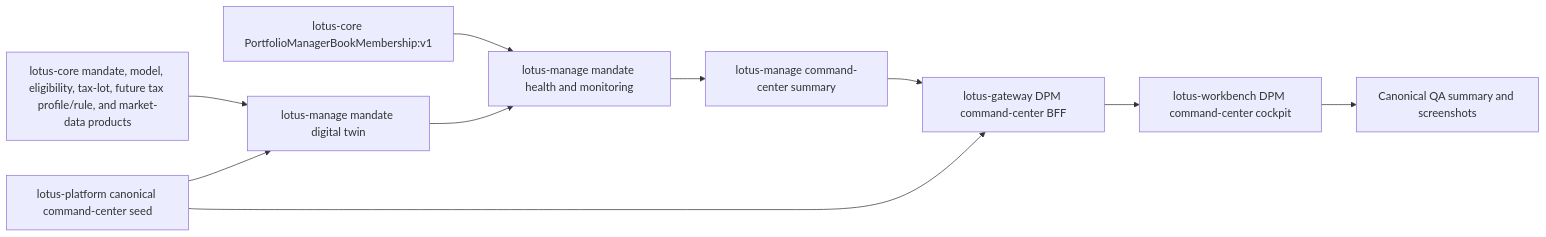
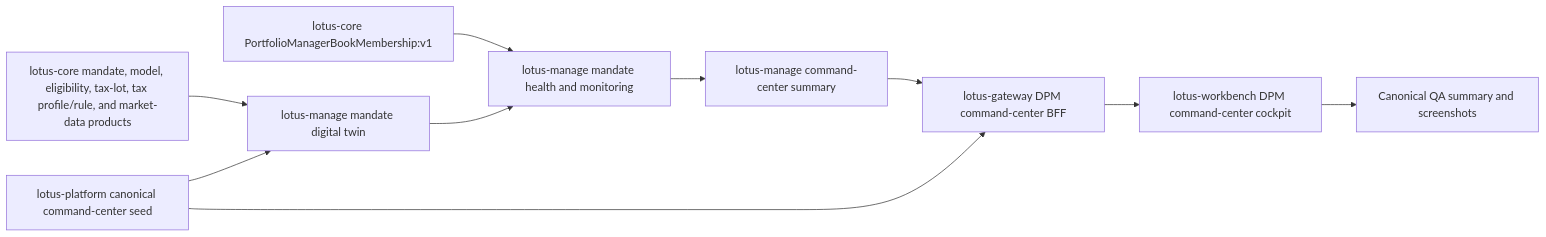
The third of 9 diagrams in wiki/Supported-Features.md (sgajbi/lotus-manage), drawn with Mermaid before and after one commit. The commit also changed other lines of this file and 4 other files, not shown here.

````diff
--- a/wiki/Supported-Features.md
+++ b/wiki/Supported-Features.md
@@ -115,22 +115,22 @@
 ```mermaid
 flowchart LR
     CoreBook[lotus-core PortfolioManagerBookMembership:v1]
-    CoreMandate[lotus-core mandate, model, eligibility, tax-lot, future tax profile/rule, and market-data products]
+    CoreMandate[lotus-core mandate, model, eligibility, tax-lot, tax profile/rule, and market-data products]
     ManageTwin[lotus-manage mandate digital twin]
     ManageHealth[lotus-manage mandate health and monitoring]
     ManageCommand[lotus-manage command-center summary]
     GatewayCommand[lotus-gateway DPM command-center BFF]
     WorkbenchCockpit[lotus-workbench DPM command-center cockpit]
     PlatformSeed[lotus-platform canonical command-center seed]
     EvidencePack[Canonical QA summary and screenshots]
 
     CoreBook --> ManageHealth
     CoreMandate --> ManageTwin
     ManageTwin --> ManageHealth
     ManageHealth --> ManageCommand
     ManageCommand --> GatewayCommand
     GatewayCommand --> WorkbenchCockpit
     PlatformSeed --> ManageTwin
     PlatformSeed --> GatewayCommand
     WorkbenchCockpit --> EvidencePack
 ```
````
